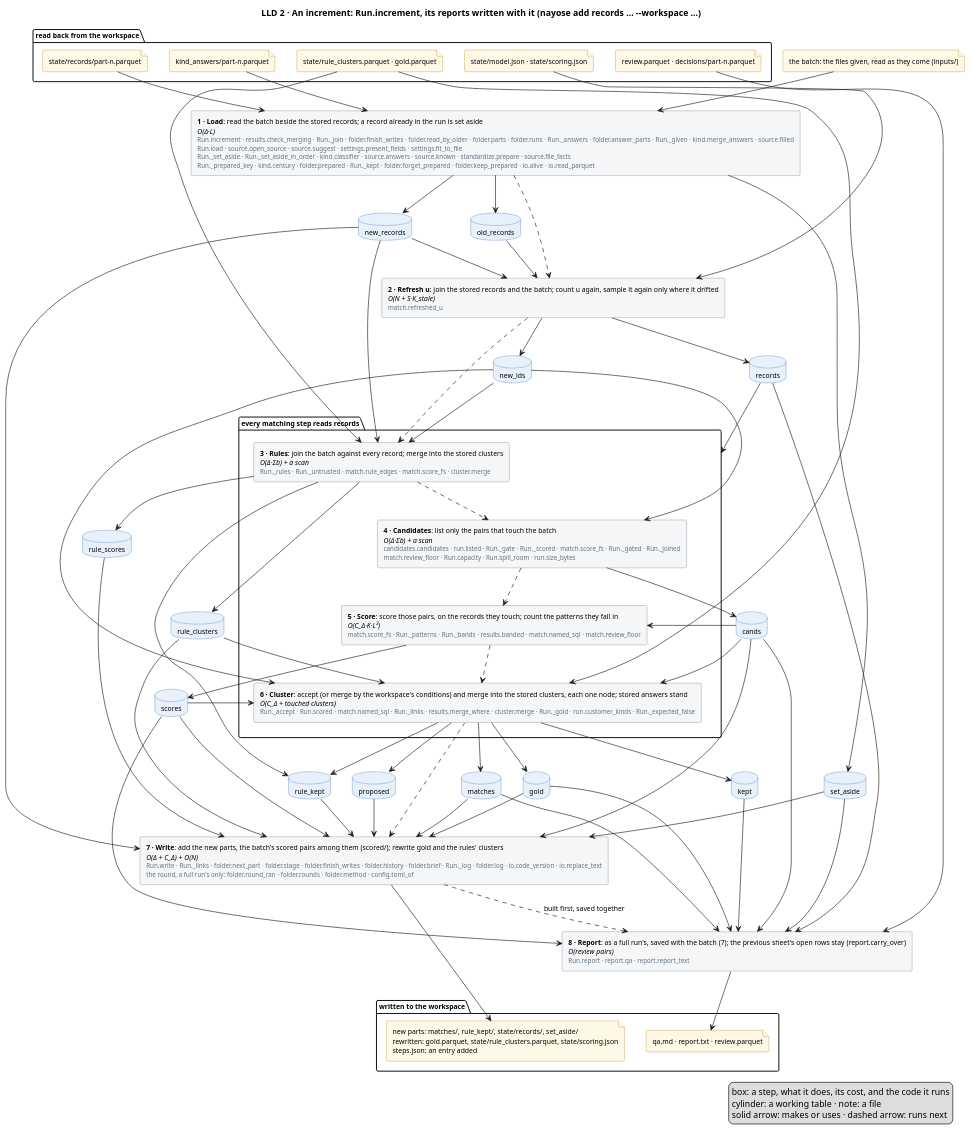
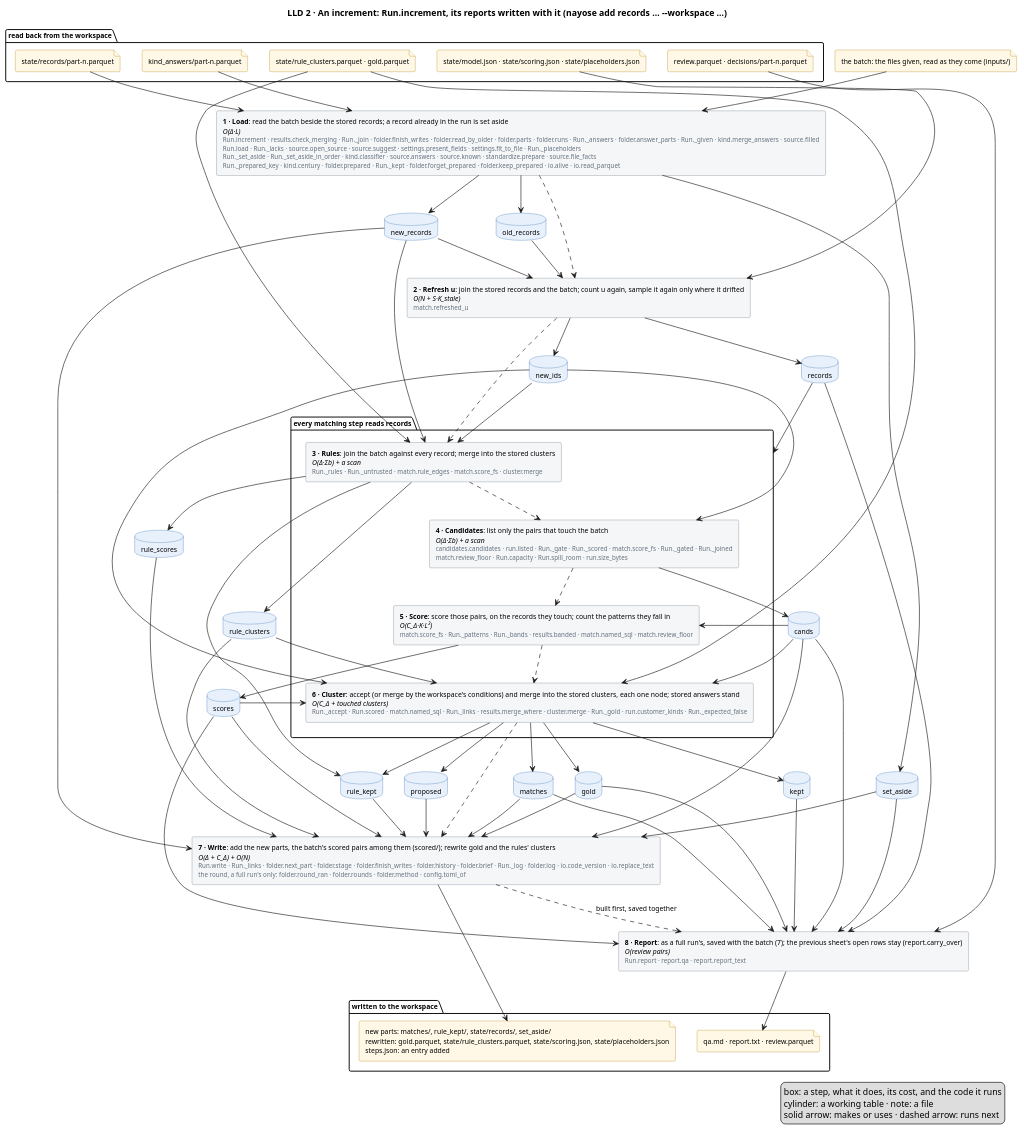
Before and after one commit to mvsbm/entity_matching: the diagram in docs/diagrams/increment.puml, drawn with PlantUML. The commit also changed 15 other files, not shown here.

First line of the commit message:
A customer ID held by many records is a placeholder every step reads as missing; an increment reads a batch without an optional column, and the person/company engine reads hiragana as katakana

```diff
--- a/docs/diagrams/increment.puml
+++ b/docs/diagrams/increment.puml
@@ -1,124 +1,124 @@
 @startuml increment
 title LLD 2 · An increment: Run.increment, its reports written with it (nayose add records … ~--workspace …)
 skinparam defaultFontSize 11
 skinparam rectangle {
   BackgroundColor #F4F6F8
   BorderColor #65717E
 }
 skinparam database {
   BackgroundColor #E8F1FB
   BorderColor #2C6DB3
 }
 skinparam file {
   BackgroundColor #FFF8E6
   BorderColor #B07D00
 }
 
 package "read back from the workspace" {
-  file "state/model.json · state/scoring.json" as f_model
+  file "state/model.json · state/scoring.json · state/placeholders.json" as f_model
   file "state/records/part-n.parquet" as f_records
   file "state/rule_clusters.parquet · gold.parquet" as f_clusters
   file "kind_answers/part-n.parquet" as f_answers
   file "review.parquet · decisions/part-n.parquet" as f_sheet
 }
 file "the batch: the files given, read as they come (inputs/)" as f_batch
 
 
-rectangle "<b>1 · Load</b>: read the batch beside the stored records; a record already in the run is set aside\n<i>O(Δ·L)</i>\n<size:10><color:#65717E>Run.increment · results.check_merging · Run._join · folder.finish_writes · folder.read_by_older · folder.parts · folder.runs · Run._answers · folder.answer_parts · Run._given · kind.merge_answers · source.filled</color></size>\n<size:10><color:#65717E>Run.load · source.open_source · source.suggest · settings.present_fields · settings.fit_to_file</color></size>\n<size:10><color:#65717E>Run._set_aside · Run._set_aside_in_order · kind.classifier · source.answers · source.known · standardize.prepare · source.file_facts</color></size>\n<size:10><color:#65717E>Run._prepared_key · kind.century · folder.prepared · Run._kept · folder.forget_prepared · folder.keep_prepared · io.alive · io.read_parquet</color></size>" as load
+rectangle "<b>1 · Load</b>: read the batch beside the stored records; a record already in the run is set aside\n<i>O(Δ·L)</i>\n<size:10><color:#65717E>Run.increment · results.check_merging · Run._join · folder.finish_writes · folder.read_by_older · folder.parts · folder.runs · Run._answers · folder.answer_parts · Run._given · kind.merge_answers · source.filled</color></size>\n<size:10><color:#65717E>Run.load · Run._lacks · source.open_source · source.suggest · settings.present_fields · settings.fit_to_file · Run._placeholders</color></size>\n<size:10><color:#65717E>Run._set_aside · Run._set_aside_in_order · kind.classifier · source.answers · source.known · standardize.prepare · source.file_facts</color></size>\n<size:10><color:#65717E>Run._prepared_key · kind.century · folder.prepared · Run._kept · folder.forget_prepared · folder.keep_prepared · io.alive · io.read_parquet</color></size>" as load
 rectangle "<b>2 · Refresh u</b>: join the stored records and the batch; count u again, sample it again only where it drifted\n<i>O(N + S·K_stale)</i>\n<size:10><color:#65717E>match.refreshed_u</color></size>" as fit
 package "every matching step reads records" as matching {
   rectangle "<b>3 · Rules</b>: join the batch against every record; merge into the stored clusters\n<i>O(Δ·Σb) + a scan</i>\n<size:10><color:#65717E>Run._rules · Run._untrusted · match.rule_edges · match.score_fs · cluster.merge</color></size>" as rules
   rectangle "<b>4 · Candidates</b>: list only the pairs that touch the batch\n<i>O(Δ·Σb) + a scan</i>\n<size:10><color:#65717E>candidates.candidates · run.listed · Run._gate · Run._scored · match.score_fs · Run._gated · Run._joined</color></size>\n<size:10><color:#65717E>match.review_floor · Run.capacity · Run.spill_room · run.size_bytes</color></size>" as candidates
   rectangle "<b>5 · Score</b>: score those pairs, on the records they touch; count the patterns they fall in\n<i>O(C_Δ·K·L²)</i>\n<size:10><color:#65717E>match.score_fs · Run._patterns · Run._bands · results.banded · match.named_sql · match.review_floor</color></size>" as score
   rectangle "<b>6 · Cluster</b>: accept (or merge by the workspace's conditions) and merge into the stored clusters, each one node; stored answers stand\n<i>O(C_Δ + touched clusters)</i>\n<size:10><color:#65717E>Run._accept · Run.scored · match.named_sql · Run._links · results.merge_where · cluster.merge · Run._gold · run.customer_kinds · Run._expected_false</color></size>" as cluster
 }
 rectangle "<b>7 · Write</b>: add the new parts, the batch's scored pairs among them (scored/); rewrite gold and the rules' clusters\n<i>O(Δ + C_Δ) + O(N)</i>\n<size:10><color:#65717E>Run.write · Run._links · folder.next_part · folder.stage · folder.finish_writes · folder.history · folder.brief · Run._log · folder.log · io.code_version · io.replace_text</color></size>\n<size:10><color:#65717E>the round, a full run's only: folder.round_ran · folder.rounds · folder.method · config.toml_of</color></size>" as write
 rectangle "<b>8 · Report</b>: as a full run's, saved with the batch (7); the previous sheet's open rows stay (report.carry_over)\n<i>O(review pairs)</i>\n<size:10><color:#65717E>Run.report · report.qa · report.report_text</color></size>" as report
 database "old_records" as old_records
 database "new_records" as new_records
 database "set_aside" as set_aside
 database "records" as records
 database "new_ids" as new_ids
 database "rule_clusters" as rule_clusters
 database "rule_kept" as rule_kept
 database "cands" as cands
 database "scores" as scores
 database "rule_scores" as rule_scores
 database "matches" as matches
 database "proposed" as proposed
 database "kept" as kept
 database "gold" as gold
 
 package "written to the workspace" {
-  file "new parts: matches/, rule_kept/, state/records/, set_aside/\nrewritten: gold.parquet, state/rule_clusters.parquet, state/scoring.json\nsteps.json: an entry added" as f_out
+  file "new parts: matches/, rule_kept/, state/records/, set_aside/\nrewritten: gold.parquet, state/rule_clusters.parquet, state/scoring.json, state/placeholders.json\nsteps.json: an entry added" as f_out
   file "qa.md · report.txt · review.parquet" as f_people
 }
 
 f_batch --> load
 f_records --> load
 f_answers --> load
 f_model --> fit
 f_clusters --> rules
 f_clusters --> cluster
 f_sheet --> report
 
 load ..> fit
 fit ..> rules
 rules ..> candidates
 candidates ..> score
 score ..> cluster
 cluster ..> write
 write ..> report : built first, saved together
 
 load --> old_records
 load --> new_records
 load --> set_aside
 old_records --> fit
 new_records --> fit
 fit --> records
 fit --> new_ids
 records --> matching
 new_records --> rules
 new_ids --> rules
 rules --> rule_clusters
 rules --> rule_kept
 rules --> rule_scores
 rule_scores --> write
 cands --> write
 scores --> write
 new_ids --> candidates
 candidates --> cands
 cands --> score
 score --> scores
 new_ids --> cluster
 rule_clusters --> cluster
 cands --> cluster
 scores --> cluster
 cluster --> matches
 cluster --> proposed
 cluster --> kept
 cluster --> rule_kept
 kept --> report
 proposed --> write
 cluster --> gold
 new_records --> write
 rule_clusters --> write
 rule_kept --> write
 matches --> write
 gold --> write
 set_aside --> write
 records --> report
 cands --> report
 scores --> report
 matches --> report
 gold --> report
 set_aside --> report
 
 write --> f_out
 report --> f_people
 legend right
   box: a step, what it does, its cost, and the code it runs
   cylinder: a working table · note: a file
   solid arrow: makes or uses · dashed arrow: runs next
 endlegend
 @enduml
```
